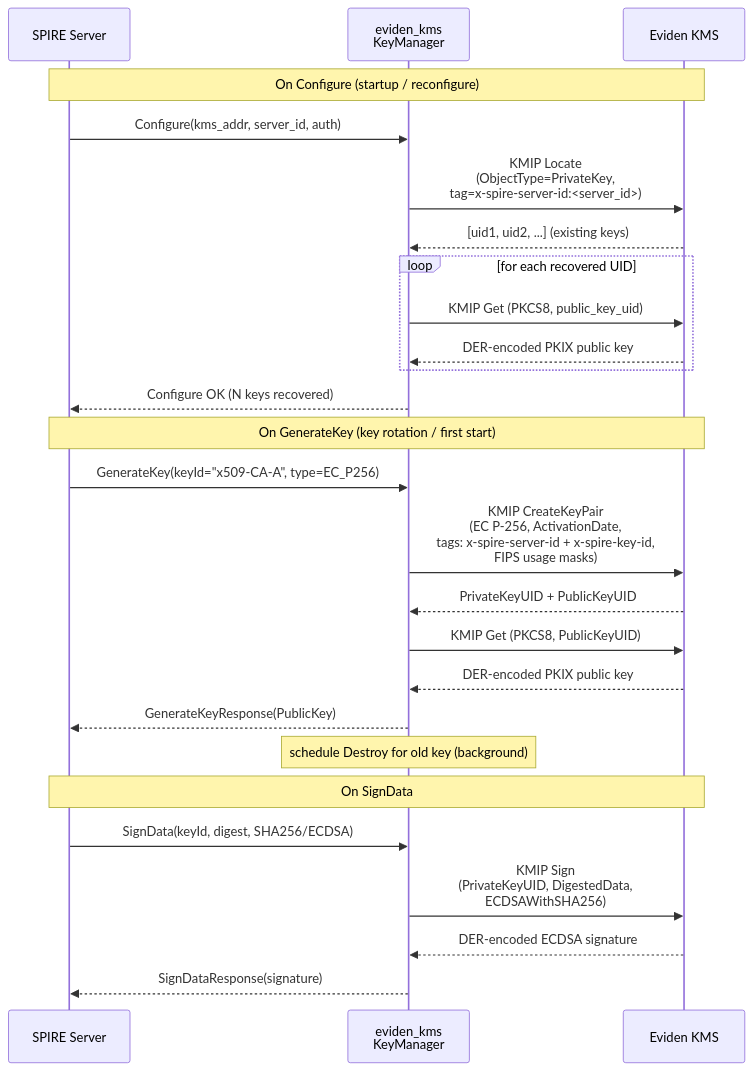
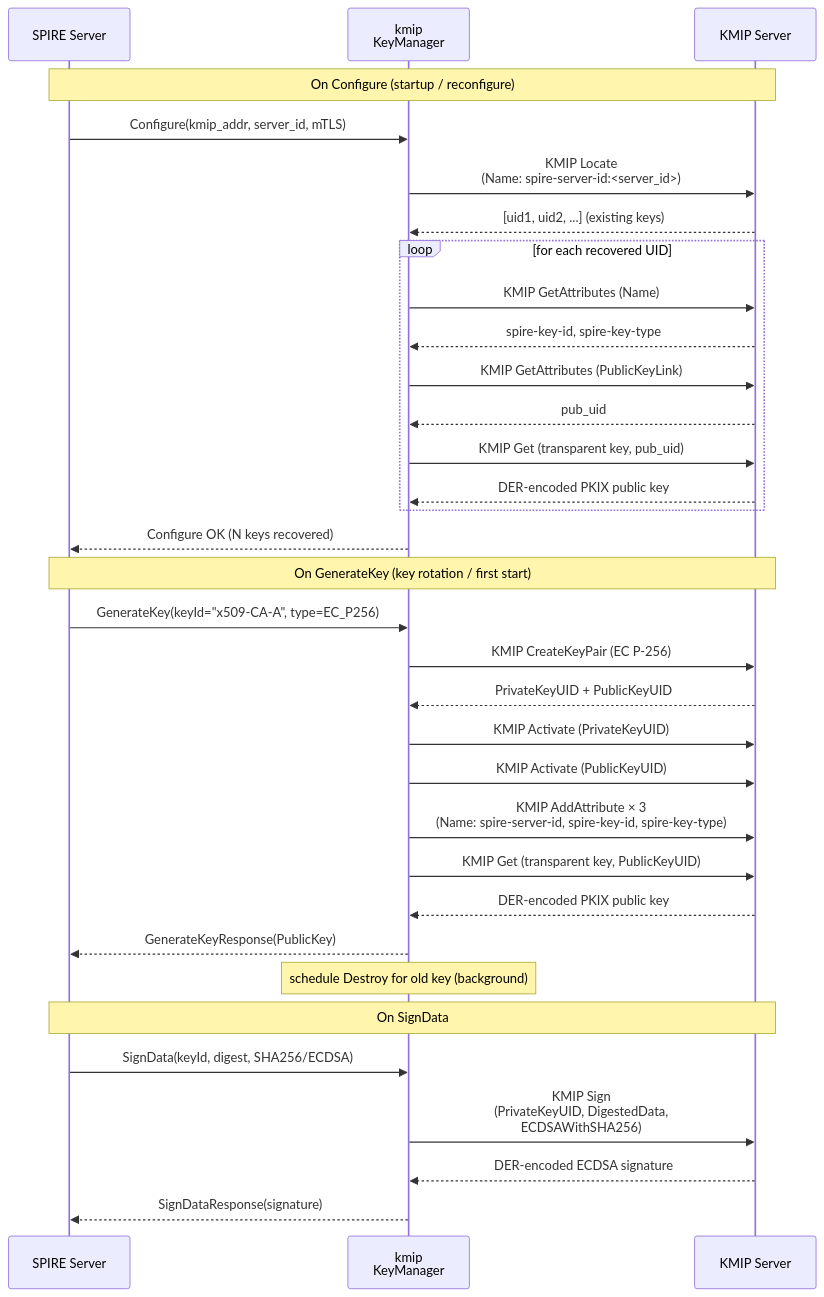
One commit to Cosmian/kms changed the third of 5 diagrams in documentation/docs/integrations/spire_spiffe_kmip_plugin.md. Above: the diagram before and after it, drawn with Mermaid. The commit also changed other lines of this file and 2 other files, not shown here.

First line of the commit message:
test(spire): add e2e test for kmip plugins over binary KMIP TCP/TLS

````diff
--- a/documentation/docs/integrations/spire_spiffe_kmip_plugin.md
+++ b/documentation/docs/integrations/spire_spiffe_kmip_plugin.md
@@ -335,31 +369,38 @@
 ```mermaid
 sequenceDiagram
     participant S as SPIRE Server
-    participant KM as eviden_kms<br/>KeyManager
-    participant KMS as Eviden KMS
+    participant KM as kmip<br/>KeyManager
+    participant KMS as KMIP Server
 
     Note over S,KMS: On Configure (startup / reconfigure)
-    S->>KM: Configure(kms_addr, server_id, auth)
-    KM->>KMS: KMIP Locate<br/>(ObjectType=PrivateKey,<br/>tag=x-spire-server-id:<server_id>)
+    S->>KM: Configure(kmip_addr, server_id, mTLS)
+    KM->>KMS: KMIP Locate<br/>(Name: spire-server-id:<server_id>)
     KMS-->>KM: [uid1, uid2, ...] (existing keys)
     loop for each recovered UID
-        KM->>KMS: KMIP Get (PKCS8, public_key_uid)
+        KM->>KMS: KMIP GetAttributes (Name)
+        KMS-->>KM: spire-key-id, spire-key-type
+        KM->>KMS: KMIP GetAttributes (PublicKeyLink)
+        KMS-->>KM: pub_uid
+        KM->>KMS: KMIP Get (transparent key, pub_uid)
         KMS-->>KM: DER-encoded PKIX public key
     end
     KM-->>S: Configure OK (N keys recovered)
 
     Note over S,KMS: On GenerateKey (key rotation / first start)
     S->>KM: GenerateKey(keyId="x509-CA-A", type=EC_P256)
-    KM->>KMS: KMIP CreateKeyPair<br/>(EC P-256, ActivationDate,<br/>tags: x-spire-server-id + x-spire-key-id,<br/>FIPS usage masks)
+    KM->>KMS: KMIP CreateKeyPair (EC P-256)
     KMS-->>KM: PrivateKeyUID + PublicKeyUID
-    KM->>KMS: KMIP Get (PKCS8, PublicKeyUID)
+    KM->>KMS: KMIP Activate (PrivateKeyUID)
+    KM->>KMS: KMIP Activate (PublicKeyUID)
+    KM->>KMS: KMIP AddAttribute × 3<br/>(Name: spire-server-id, spire-key-id, spire-key-type)
+    KM->>KMS: KMIP Get (transparent key, PublicKeyUID)
     KMS-->>KM: DER-encoded PKIX public key
     KM-->>S: GenerateKeyResponse(PublicKey)
     Note over KM: schedule Destroy for old key (background)
 
     Note over S,KMS: On SignData
     S->>KM: SignData(keyId, digest, SHA256/ECDSA)
     KM->>KMS: KMIP Sign<br/>(PrivateKeyUID, DigestedData,<br/>ECDSAWithSHA256)
     KMS-->>KM: DER-encoded ECDSA signature
     KM-->>S: SignDataResponse(signature)
 ```
````
